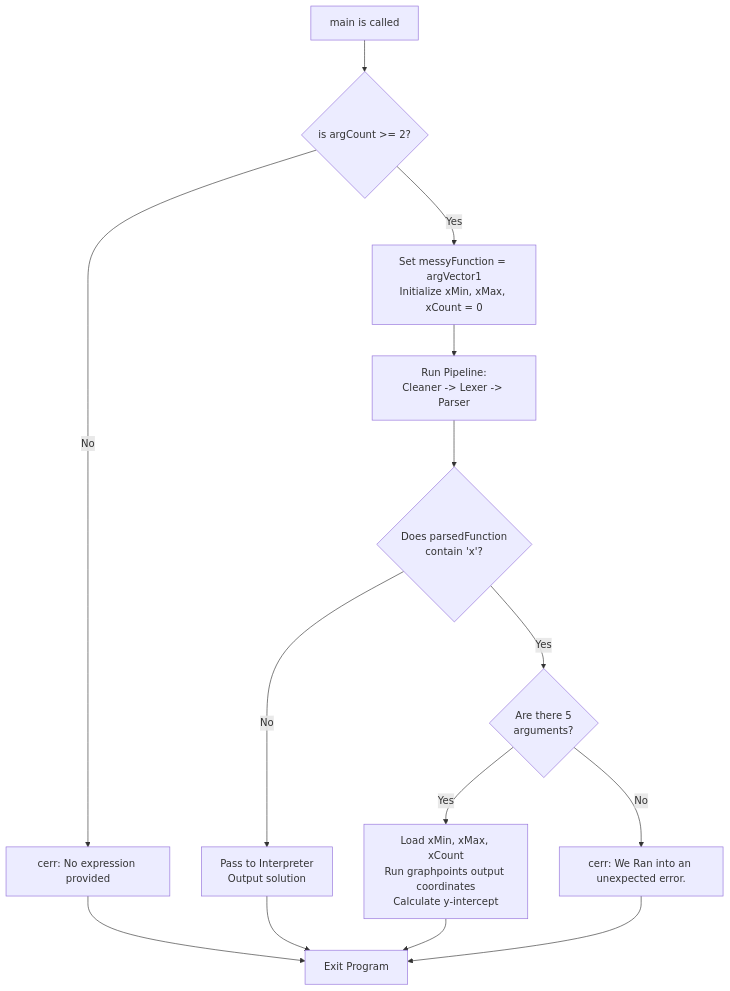
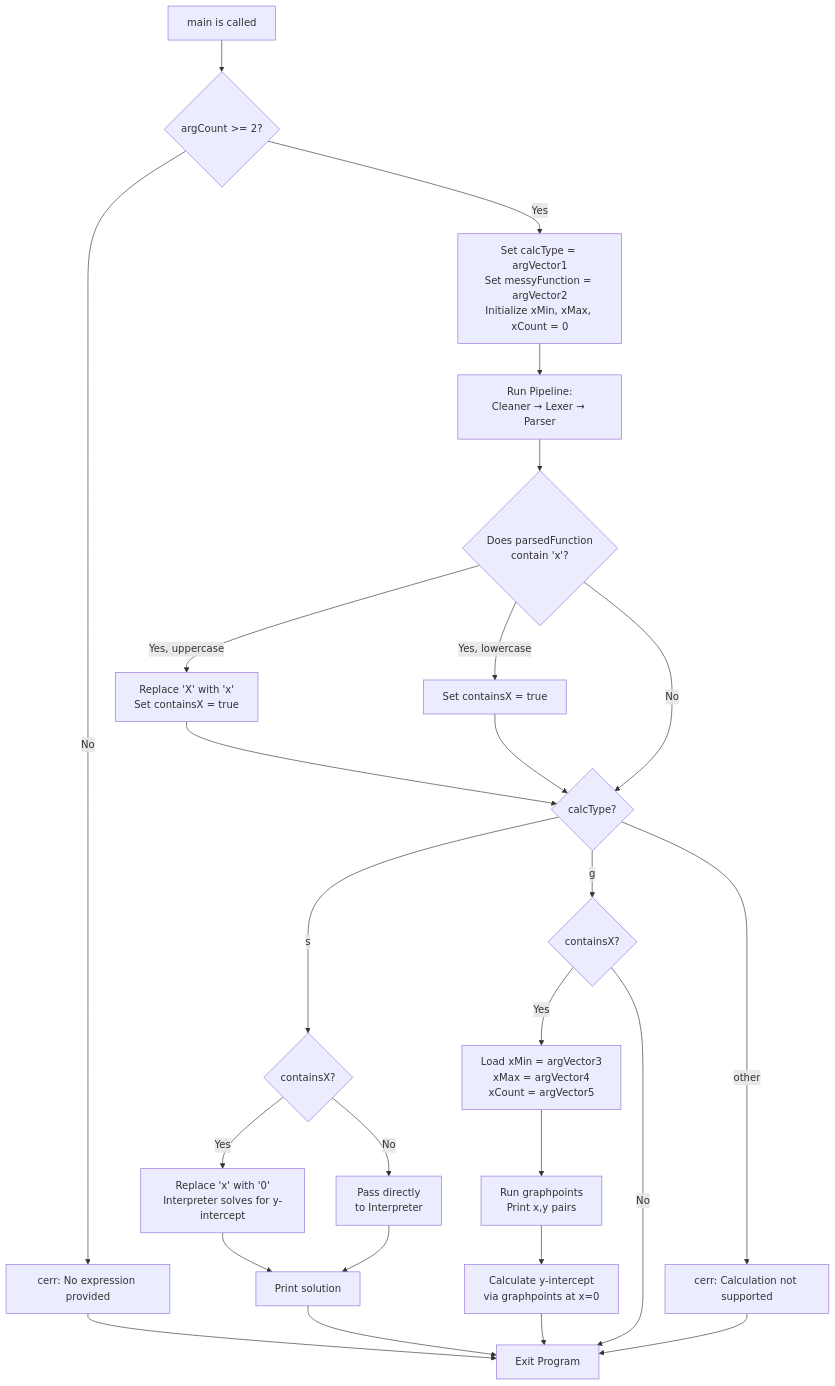
The diagram in documentation/main.md (A1101C/Explicanda), drawn with Mermaid before and after one commit. The commit also changed other lines of this file and 1 other file, not shown here.

Commit message:
updated readme and documentation for main

````diff
--- a/documentation/main.md
+++ b/documentation/main.md
@@ -119,20 +120,28 @@
 ```mermaid
 graph TD
-  A[main is called] --> B{is argCount >= 2?}
-  B -->|No| D[cerr: No expression provided]
-  D --> Exit[Exit Program]
-
-  B -->|Yes| C[Set messyFunction = argVector1<br>Initialize xMin, xMax, xCount = 0]
-  C --> Pipeline[Run Pipeline:<br>Cleaner -> Lexer -> Parser]
-  Pipeline --> E{Does parsedFunction<br>contain 'x'?}
-
-  E -->|No| Static[Pass to Interpreter<br>Output solution]
-  Static --> Exit
-
-  E -->|Yes| CheckArgs{Are there 5<br>arguments?}
-  CheckArgs -->|Yes| Graph[Load xMin, xMax, xCount<br>Run graphpoints output coordinates<br>Calculate y-intercept]
-  CheckArgs -->|No| Error[cerr: We Ran into an unexpected error.]
-  
-  Graph --> Exit
-  Error --> Exit
-  ```
+  A[main is called] --> B{argCount >= 2?}
+  B -->|No| ErrNoExpr[cerr: No expression provided]
+  ErrNoExpr --> Exit[Exit Program]
+  B -->|Yes| C[Set calcType = argVector1<br>Set messyFunction = argVector2<br>Initialize xMin, xMax, xCount = 0]
+  C --> Pipeline[Run Pipeline:<br>Cleaner → Lexer → Parser]
+  Pipeline --> X{Does parsedFunction<br>contain 'x'?}
+  X -->|Yes, uppercase| Normalize[Replace 'X' with 'x'<br>Set containsX = true]
+  Normalize --> CalcType
+  X -->|Yes, lowercase| SetX[Set containsX = true]
+  SetX --> CalcType
+  X -->|No| CalcType{calcType?}
+  CalcType -->|s| SciX{containsX?}
+  SciX -->|Yes| SciReplace[Replace 'x' with '0'<br>Interpreter solves for y-intercept]
+  SciX -->|No| SciDirect[Pass directly<br>to Interpreter]
+  SciReplace --> SciOut[Print solution]
+  SciDirect --> SciOut
+  SciOut --> Exit
+  CalcType -->|g| GX{containsX?}
+  GX -->|Yes| LoadArgs[Load xMin = argVector3<br>xMax = argVector4<br>xCount = argVector5]
+  LoadArgs --> GraphRun[Run graphpoints<br>Print x,y pairs]
+  GraphRun --> YInt[Calculate y-intercept<br>via graphpoints at x=0]
+  YInt --> Exit
+  GX -->|No| Exit
+  CalcType -->|other| ErrUnsupported[cerr: Calculation not supported]
+  ErrUnsupported --> Exit
+```
````
